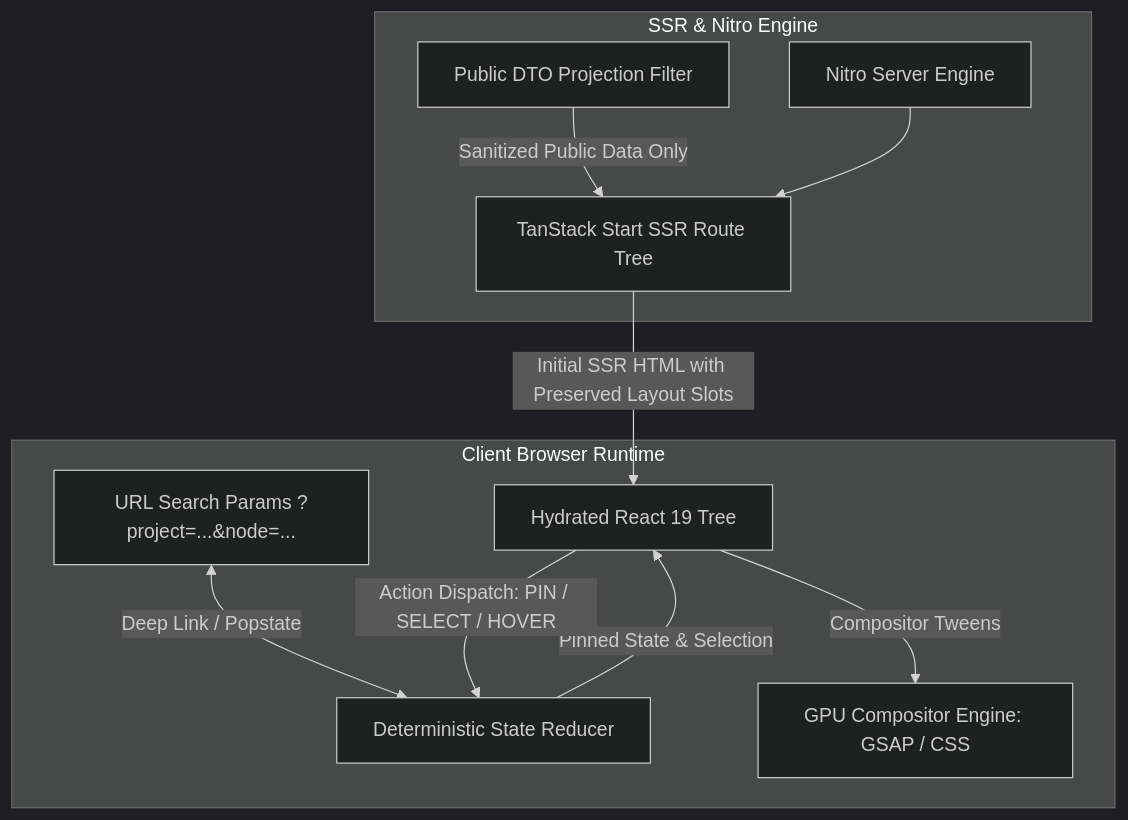
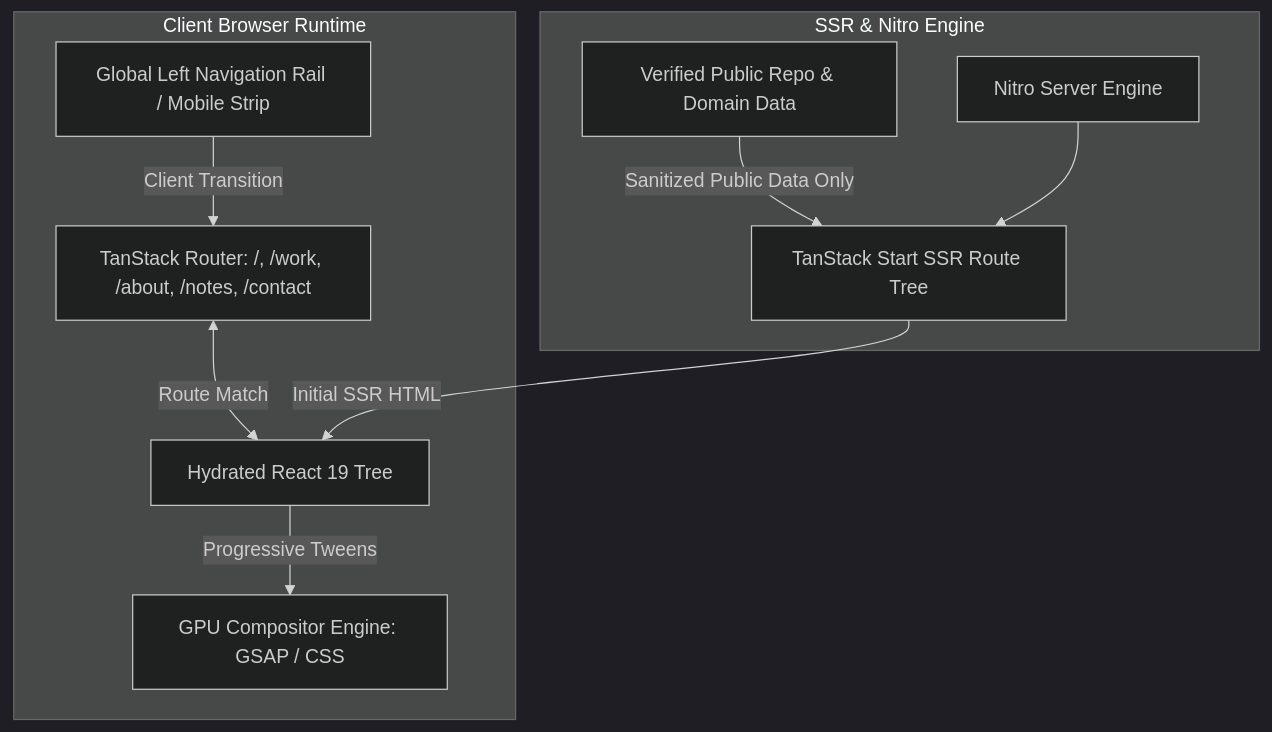
The diagram in docs/ARCHITECTURE.md (ommd3076/Website-protfolio), drawn with Mermaid (dark theme) before and after one commit. The commit also changed other lines of this file and 63 other files, not shown here.

````diff
--- a/docs/ARCHITECTURE.md
+++ b/docs/ARCHITECTURE.md
@@ -17,25 +14,24 @@
 ```mermaid
 flowchart TD
     subgraph BrowserClient [Client Browser Runtime]
         DOM[Hydrated React 19 Tree]
-        URLState[URL Search Params ?project=...&node=...]
-        Reducer[Deterministic State Reducer]
+        URLState[TanStack Router: /, /work, /about, /notes, /contact]
+        NavRail[Global Left Navigation Rail / Mobile Strip]
         Compositor[GPU Compositor Engine: GSAP / CSS]
 
-        URLState <-->|Deep Link / Popstate| Reducer
-        Reducer -->|Pinned State & Selection| DOM
-        DOM -->|Action Dispatch: PIN / SELECT / HOVER| Reducer
-        DOM -->|Compositor Tweens| Compositor
+        URLState <-->|Route Match| DOM
+        NavRail -->|Client Transition| URLState
+        DOM -->|Progressive Tweens| Compositor
     end
 
     subgraph ServerRuntime [SSR & Nitro Engine]
         Nitro[Nitro Server Engine]
         SSR[TanStack Start SSR Route Tree]
-        PublicDTO[Public DTO Projection Filter]
+        PublicDTO[Verified Public Repo & Domain Data]
 
         PublicDTO -->|Sanitized Public Data Only| SSR
         Nitro --> SSR
     end
 
-    SSR -->|Initial SSR HTML with Preserved Layout Slots| DOM
+    SSR -->|Initial SSR HTML| DOM
 ```
````
